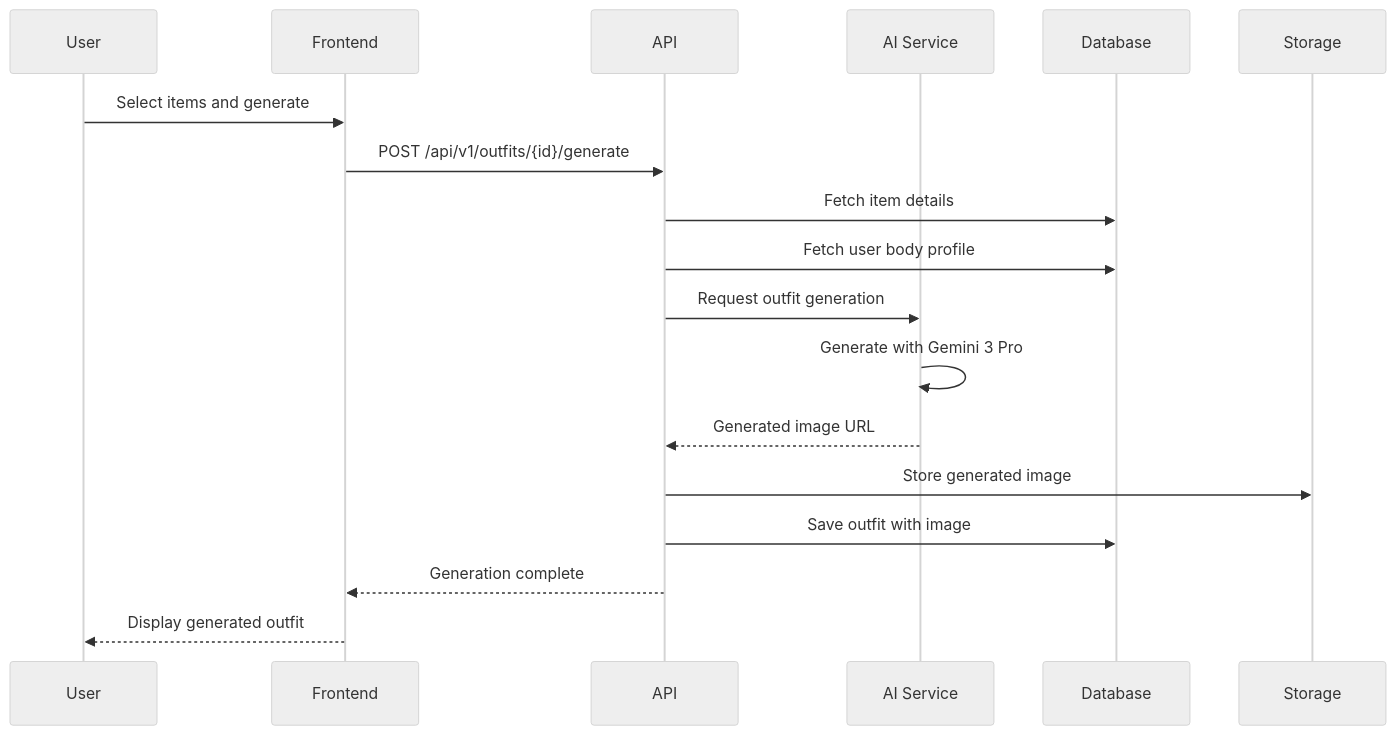
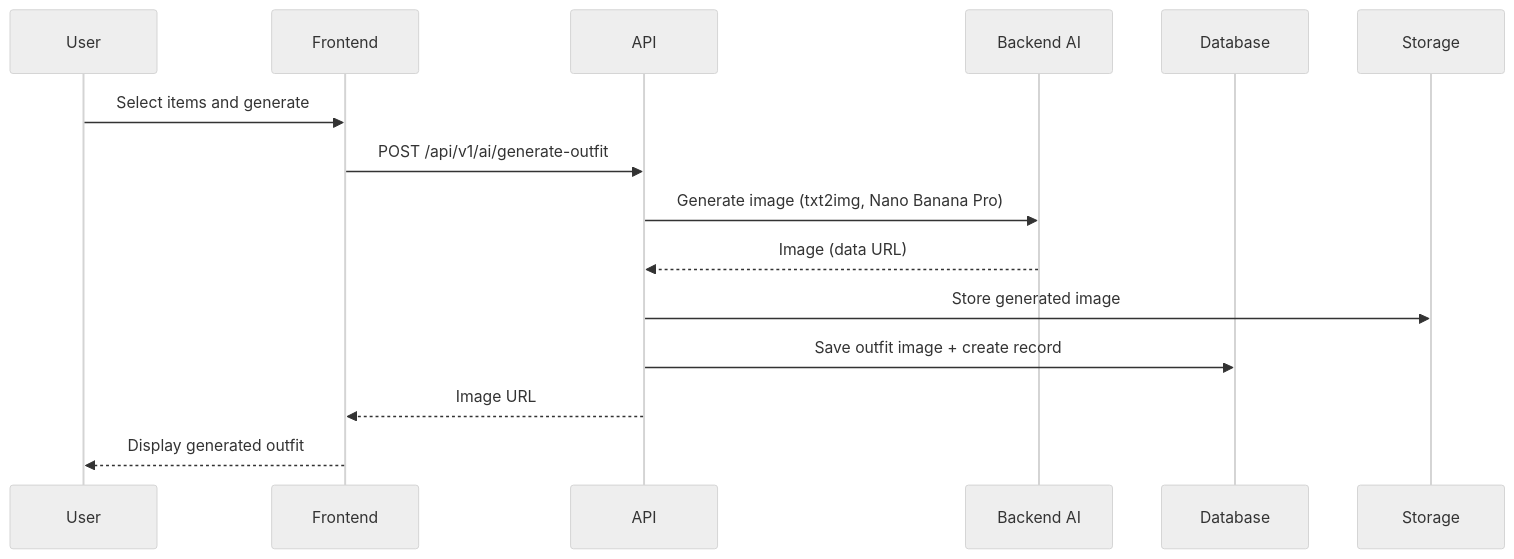
One commit to 360ghar/fitcheck-ai changed the seventh of 11 diagrams in docs/2-technical/architecture.md. Above: the diagram before and after it, drawn with Mermaid (neutral theme). The commit also changed other lines of this file and 204 other files, not shown here.

````diff
--- a/docs/2-technical/architecture.md
+++ b/docs/2-technical/architecture.md
@@ -384,21 +324,18 @@
 ```mermaid
 sequenceDiagram
     participant U as User
     participant FE as Frontend
     participant API as API
-    participant AI as AI Service
+    participant AI as Backend AI
     participant DB as Database
     participant Storage as Storage
 
     U->>FE: Select items and generate
-    FE->>API: POST /api/v1/outfits/{id}/generate
-    API->>DB: Fetch item details
-    API->>DB: Fetch user body profile
-    API->>AI: Request outfit generation
-    AI->>AI: Generate with Gemini 3 Pro
-    AI-->>API: Generated image URL
+    FE->>API: POST /api/v1/ai/generate-outfit
+    API->>AI: Generate image (txt2img, Nano Banana Pro)
+    AI-->>API: Image (data URL)
     API->>Storage: Store generated image
-    API->>DB: Save outfit with image
-    API-->>FE: Generation complete
+    API->>DB: Save outfit image + create record
+    API-->>FE: Image URL
     FE-->>U: Display generated outfit
 ```
````
